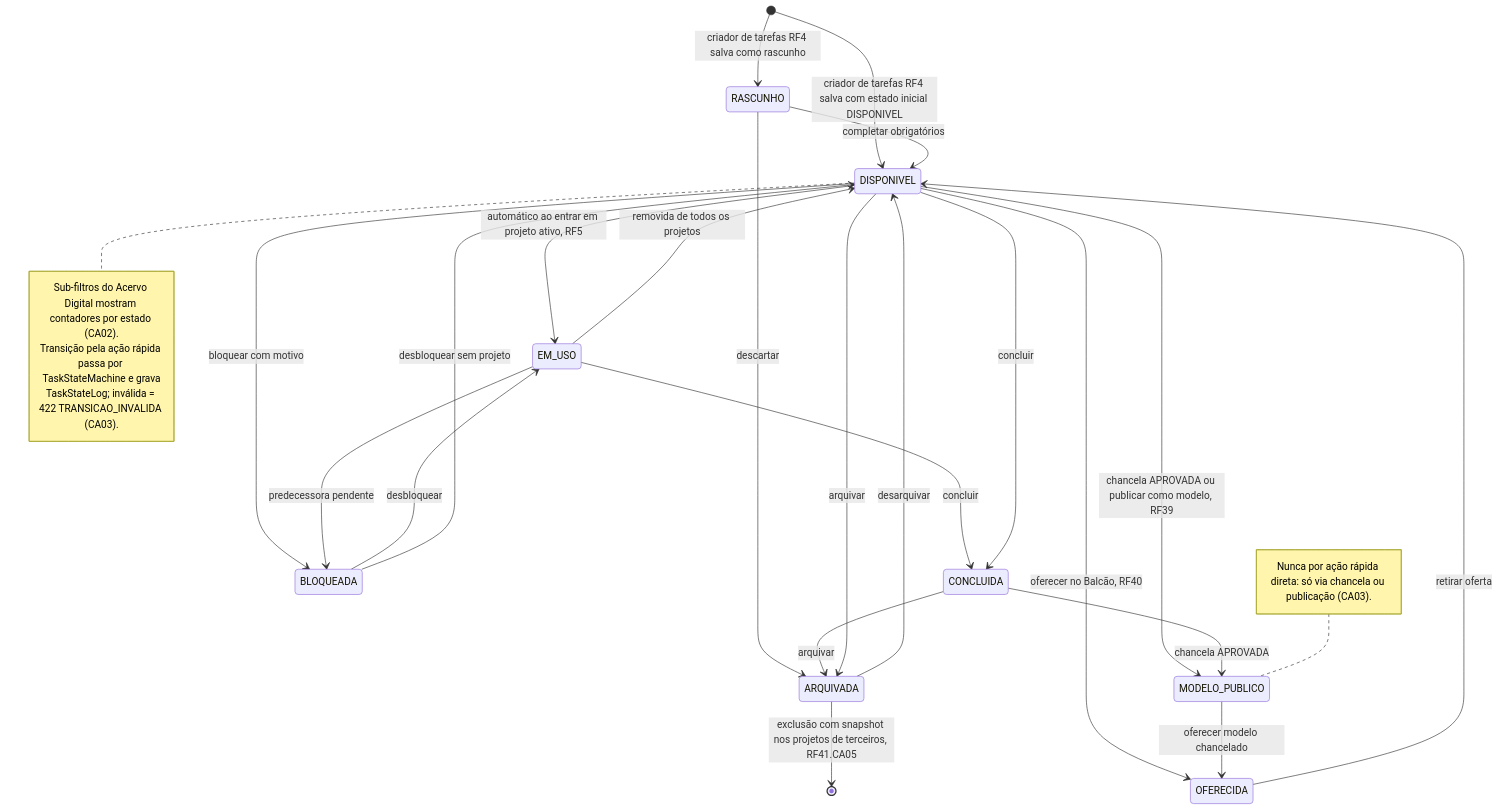
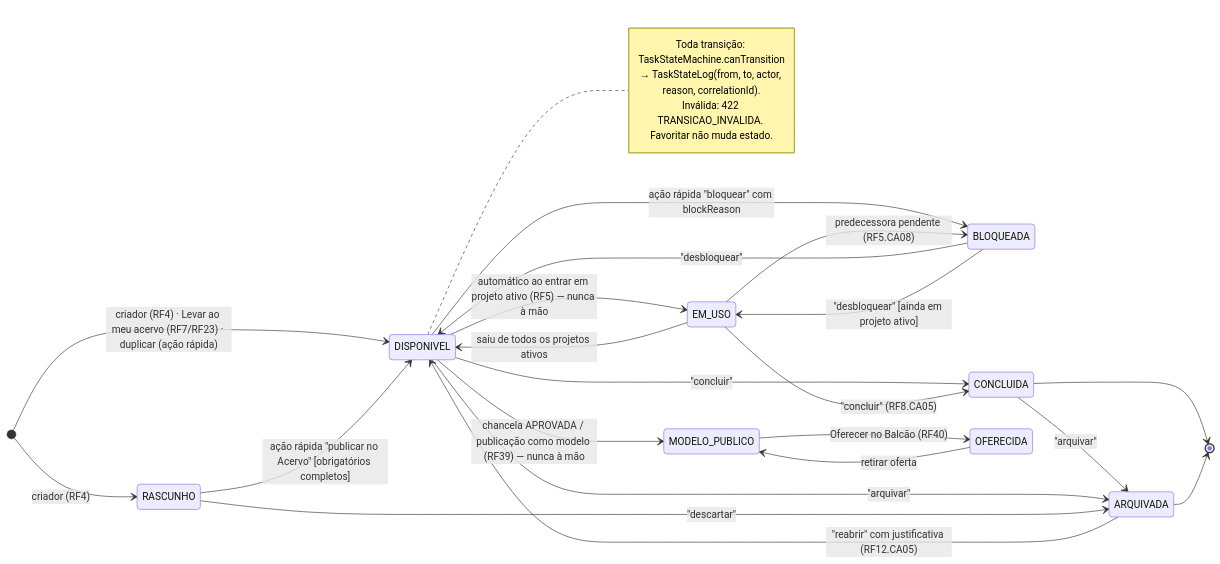
The fourth of 5 diagrams in docs/diagramas/RF6/README.md (MatheusHaliski/Decia-app-2026), drawn with Mermaid before and after one commit. The commit also changed other lines of this file and 4 other files, not shown here.

First line of the commit message:
docs(diagramas): reescreve RF6–RF9 (perfil empresarial, abrir tarefa do projeto, editar arquivos, equipe do chefe)

````diff
--- a/docs/diagramas/RF6/README.md
+++ b/docs/diagramas/RF6/README.md
@@ -461,32 +374,38 @@
 ```mermaid
 stateDiagram-v2
-  [*] --> RASCUNHO : criador de tarefas RF4 salva como rascunho
-  [*] --> DISPONIVEL : criador de tarefas RF4 salva com estado inicial DISPONIVEL
-  RASCUNHO --> DISPONIVEL : completar obrigatórios
-  RASCUNHO --> ARQUIVADA : descartar
-  DISPONIVEL --> EM_USO : automático ao entrar em projeto ativo, RF5
-  EM_USO --> DISPONIVEL : removida de todos os projetos
-  DISPONIVEL --> BLOQUEADA : bloquear com motivo
-  EM_USO --> BLOQUEADA : predecessora pendente
-  BLOQUEADA --> EM_USO : desbloquear
-  BLOQUEADA --> DISPONIVEL : desbloquear sem projeto
-  EM_USO --> CONCLUIDA : concluir
-  DISPONIVEL --> CONCLUIDA : concluir
-  CONCLUIDA --> ARQUIVADA : arquivar
-  DISPONIVEL --> ARQUIVADA : arquivar
-  ARQUIVADA --> DISPONIVEL : desarquivar
-  DISPONIVEL --> MODELO_PUBLICO : chancela APROVADA ou publicar como modelo, RF39
-  CONCLUIDA --> MODELO_PUBLICO : chancela APROVADA
-  DISPONIVEL --> OFERECIDA : oferecer no Balcão, RF40
-  MODELO_PUBLICO --> OFERECIDA : oferecer modelo chancelado
-  OFERECIDA --> DISPONIVEL : retirar oferta
-  ARQUIVADA --> [*] : exclusão com snapshot nos projetos de terceiros, RF41.CA05
-  note right of DISPONIVEL
-    Sub-filtros do Acervo Digital mostram contadores por estado (CA02).
-    Transição pela ação rápida passa por TaskStateMachine e grava
-    TaskStateLog; inválida = 422 TRANSICAO_INVALIDA (CA03).
-  end note
-  note left of MODELO_PUBLICO
-    Nunca por ação rápida direta: só via chancela ou publicação (CA03).
+  direction LR
+  state "RASCUNHO" as RAS
+  state "DISPONIVEL" as DIS
+  state "EM_USO" as USO
+  state "BLOQUEADA" as BLO
+  state "CONCLUIDA" as CON
+  state "ARQUIVADA" as ARQ
+  state "MODELO_PUBLICO" as MOD
+  state "OFERECIDA" as OFE
+
+  [*] --> RAS : criador (RF4)
+  [*] --> DIS : criador (RF4) · Levar ao meu acervo (RF7/RF23) · duplicar (ação rápida)
+  RAS --> DIS : ação rápida "publicar no Acervo" [obrigatórios completos]
+  DIS --> USO : automático ao entrar em projeto ativo (RF5) — nunca à mão
+  USO --> DIS : saiu de todos os projetos ativos
+  DIS --> BLO : ação rápida "bloquear" com blockReason
+  USO --> BLO : predecessora pendente (RF5.CA08)
+  BLO --> DIS : "desbloquear"
+  BLO --> USO : "desbloquear" [ainda em projeto ativo]
+  DIS --> CON : "concluir"
+  USO --> CON : "concluir" (RF8.CA05)
+  CON --> ARQ : "arquivar"
+  DIS --> ARQ : "arquivar"
+  RAS --> ARQ : "descartar"
+  ARQ --> DIS : "reabrir" com justificativa (RF12.CA05)
+  DIS --> MOD : chancela APROVADA / publicação como modelo (RF39) — nunca à mão
+  MOD --> OFE : Oferecer no Balcão (RF40)
+  OFE --> MOD : retirar oferta
+  CON --> [*]
+  ARQ --> [*]
+  note right of DIS
+    Toda transição: TaskStateMachine.canTransition
+    → TaskStateLog(from, to, actor, reason, correlationId).
+    Inválida: 422 TRANSICAO_INVALIDA. Favoritar não muda estado.
   end note
 ```
````
